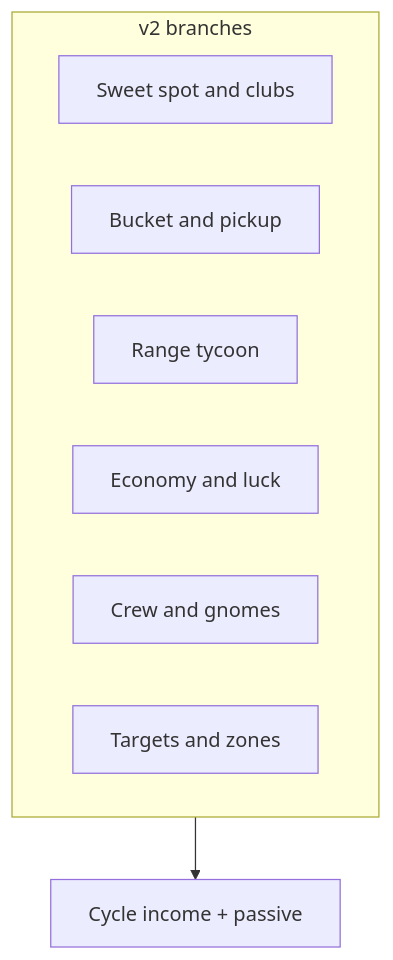
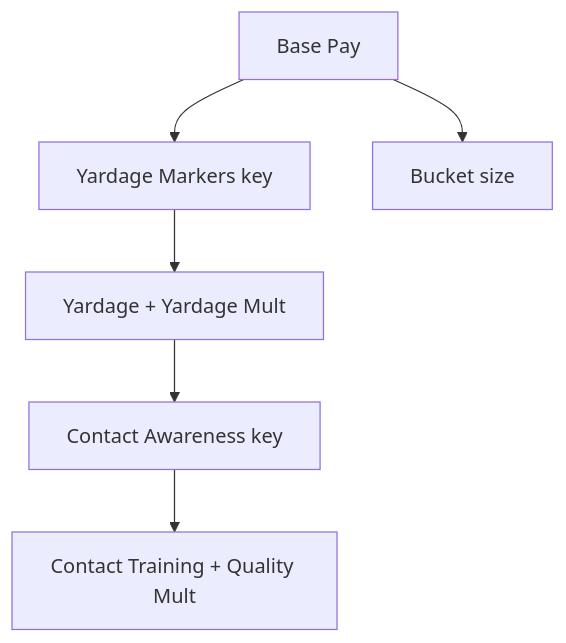
One commit to bicrick/golf_incremental changed the diagram in docs/v2/04-upgrade-tree.md. Above: the diagram before and after it, drawn with Mermaid. The commit also changed other lines of this file and 51 other files, not shown here.

````diff
--- a/docs/v2/04-upgrade-tree.md
+++ b/docs/v2/04-upgrade-tree.md
@@ -7,12 +11,8 @@
 ```mermaid
 flowchart TB
-  subgraph v2branches [v2 branches]
-    Sweet[Sweet spot and clubs]
-    Pickup[Bucket and pickup]
-    Range[Range tycoon]
-    Economy[Economy and luck]
-    Crew[Crew and gnomes]
-    Targets[Targets and zones]
-  end
-  v2branches --> Total[Cycle income + passive]
+  basePay[Base Pay] --> yardageKey[Yardage Markers key]
+  yardageKey --> yardageBranch[Yardage + Yardage Mult]
+  yardageBranch --> qualityKey[Contact Awareness key]
+  qualityKey --> qualityBranch[Contact Training + Quality Mult]
+  basePay --> bucketBranch[Bucket size]
 ```
````
